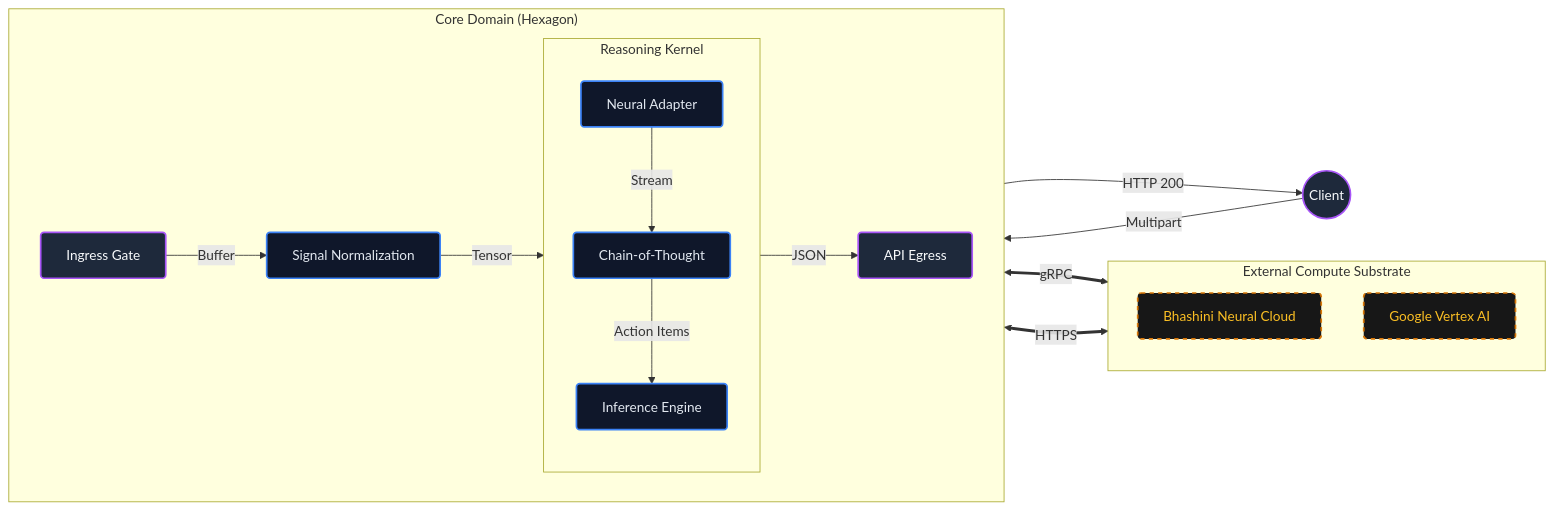
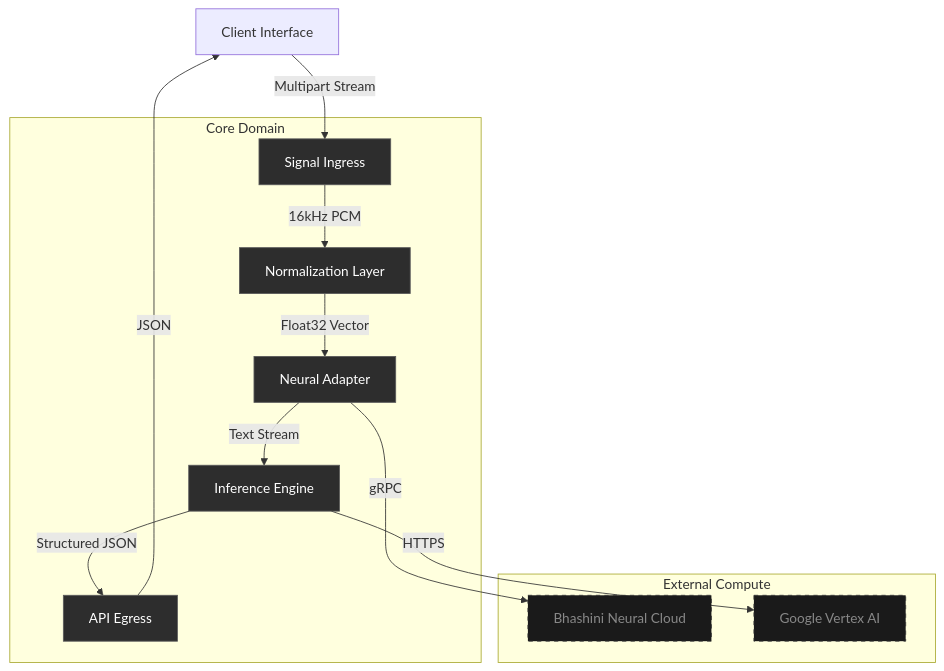
Before and after one commit to riteshroshann/meeting-mind-backened-baby-one: the diagram in README.md, drawn with Mermaid. The commit also changed other lines of this file, not shown here.

Commit message:
docs: revert README to 'sophisticated hexagonal lattice details' version

````diff
--- a/README.md
+++ b/README.md
@@ -88,33 +78,21 @@
 ```mermaid
-graph LR
-    %% Professional "Hexagonal" Styling
-    classDef core fill:#0f172a,stroke:#3b82f6,stroke-width:2px,color:#e2e8f0,rx:4,ry:4
-    classDef ext fill:#171717,stroke:#d97706,stroke-width:2px,color:#fbbf24,stroke-dasharray: 5 5,rx:4,ry:4
-    classDef io fill:#1e293b,stroke:#a855f7,stroke-width:2px,color:#f8fafc,rx:4,ry:4
+graph TD
+    classDef core fill:#2d2d2d,stroke:#5a5a5a,color:#fff
+    classDef ext fill:#1a1a1a,stroke:#333,color:#888,stroke-dasharray: 5 5
 
-    Client((Client)):::io -->|Multipart| Ingress[Ingress Gate]:::io
+    Client[Client Interface] -->|Multipart Stream| Ingress
     
-    subgraph "Core Domain (Hexagon)"
-        direction LR
-        Ingress -->|Buffer| Norm[Signal Normalization]:::core
-        Norm -->|Tensor| Adapter[Neural Adapter]:::core
-        
-        subgraph "Reasoning Kernel"
-            direction TB
-            Adapter -->|Stream| CoT[Chain-of-Thought]:::core
-            CoT -->|Action Items| Engine[Inference Engine]:::core
-        end
-
-        Engine -->|JSON| Egress[API Egress]:::io
+    subgraph "Core Domain"
+        Ingress[Signal Ingress]:::core -->|16kHz PCM| Norm[Normalization Layer]:::core
+        Norm -->|Float32 Vector| Adapter[Neural Adapter]:::core
+        Adapter -->|Text Stream| Engine[Inference Engine]:::core
+        Engine -->|Structured JSON| Egress[API Egress]:::core
     end
 
-    subgraph "External Compute Substrate"
-        direction TB
-        Bhashini[Bhashini Neural Cloud]:::ext
-        Vertex[Google Vertex AI]:::ext
+    subgraph "External Compute"
+        Adapter -->|gRPC| Bhashini[Bhashini Neural Cloud]:::ext
+        Engine -->|HTTPS| Vertex[Google Vertex AI]:::ext
     end
 
-    Adapter <== gRPC ==> Bhashini
-    Engine <== HTTPS ==> Vertex
-    Egress -->|HTTP 200| Client
+    Egress -->|JSON| Client
 ```
````
